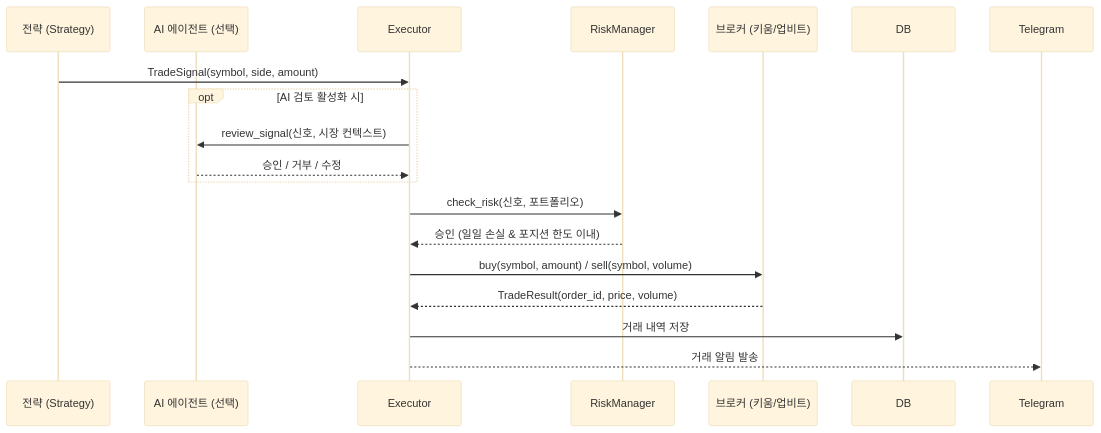
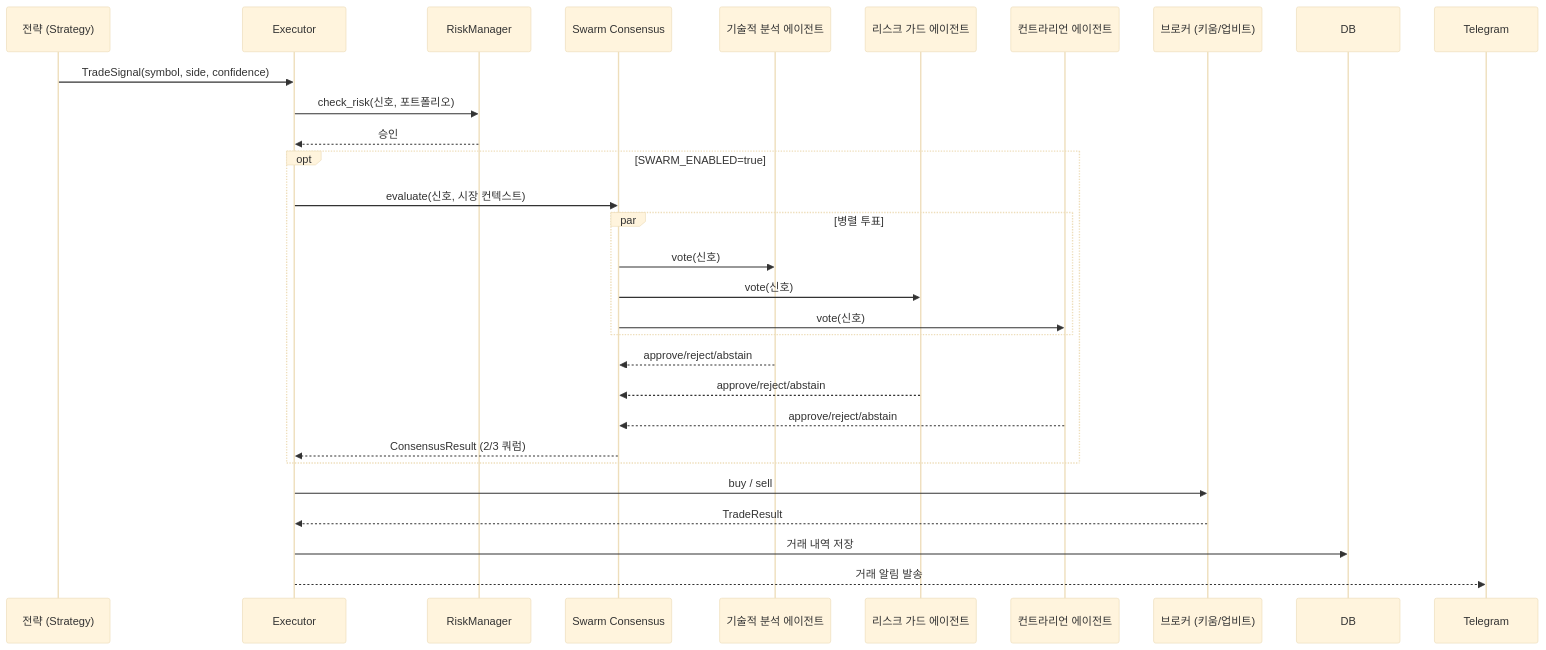
The second of 3 diagrams in README.ko.md (bongho/trading-system-public), drawn with Mermaid (base theme) before and after one commit. The commit also changed other lines of this file and 10 other files, not shown here.

First line of the commit message:
feat(swarm): add multi-agent signal consensus (Phase 6)

````diff
--- a/README.ko.md
+++ b/README.ko.md
@@ -66,21 +66,34 @@
 ```mermaid
 sequenceDiagram
     participant S as 전략 (Strategy)
-    participant A as AI 에이전트 (선택)
     participant E as Executor
     participant R as RiskManager
+    participant SW as Swarm Consensus
+    participant T as 기술적 분석 에이전트
+    participant RG as 리스크 가드 에이전트
+    participant C as 컨트라리언 에이전트
     participant B as 브로커 (키움/업비트)
     participant D as DB
 
-    S->>E: TradeSignal(symbol, side, amount)
-    opt AI 검토 활성화 시
-        E->>A: review_signal(신호, 시장 컨텍스트)
-        A-->>E: 승인 / 거부 / 수정
+    S->>E: TradeSignal(symbol, side, confidence)
+    E->>R: check_risk(신호, 포트폴리오)
+    R-->>E: 승인
+
+    opt SWARM_ENABLED=true
+        E->>SW: evaluate(신호, 시장 컨텍스트)
+        par 병렬 투표
+            SW->>T: vote(신호)
+            SW->>RG: vote(신호)
+            SW->>C: vote(신호)
+        end
+        T-->>SW: approve/reject/abstain
+        RG-->>SW: approve/reject/abstain
+        C-->>SW: approve/reject/abstain
+        SW-->>E: ConsensusResult (2/3 쿼럼)
     end
-    E->>R: check_risk(신호, 포트폴리오)
-    R-->>E: 승인 (일일 손실 & 포지션 한도 이내)
-    E->>B: buy(symbol, amount) / sell(symbol, volume)
-    B-->>E: TradeResult(order_id, price, volume)
+
+    E->>B: buy / sell
+    B-->>E: TradeResult
     E->>D: 거래 내역 저장
     E-->>Telegram: 거래 알림 발송
 ```
````
